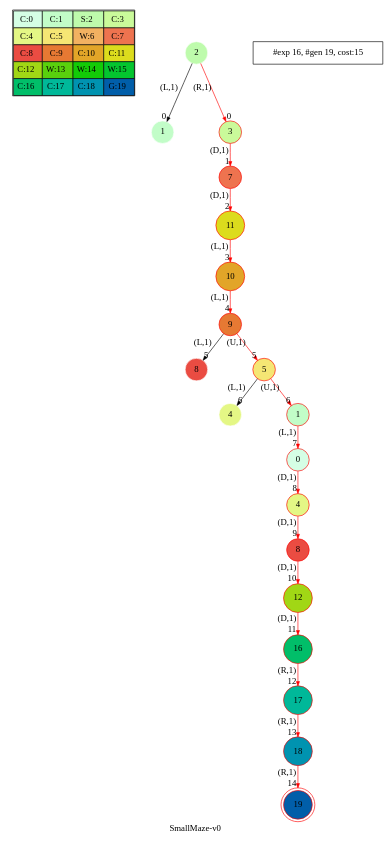
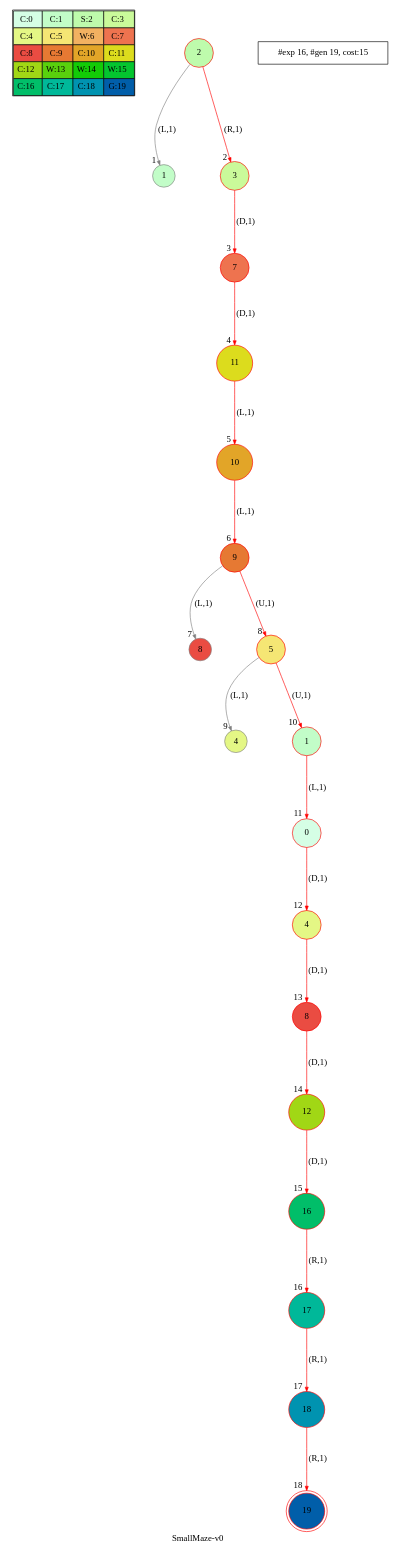
Before and after one commit to blasco991/AI: the diagram in viz/artifacts/tsd/dot/SmallMaze-v0_dfs.dot, drawn with Graphviz. The commit also changed 145 other files, not shown here.

```diff
--- a/viz/artifacts/tsd/dot/SmallMaze-v0_dfs.dot
+++ b/viz/artifacts/tsd/dot/SmallMaze-v0_dfs.dot
@@ -1,24 +1,22 @@
-digraph SmallMaze { label="SmallMaze-v0"
+digraph SmallMaze { label="SmallMaze-v0" nodesep=1 ranksep="1.2" node [shape=circle] edge [arrowsize=0.7] 
 subgraph MAP {label=Map;map [shape=plaintext label=<<table border="1" cellpadding="5" cellspacing="0" cellborder="1"><tr><td bgcolor="0.39803922 0.15947579 0.99679532 1.        ">C:0</td><td bgcolor="0.35098039 0.23194764 0.99315867 1.        ">C:1</td><td bgcolor="0.29607843 0.31486959 0.98720184 1.        ">S:2</td><td bgcolor="0.24901961 0.38410575 0.98063477 1.        ">C:3</td></tr><tr><td bgcolor="0.19411765 0.46220388 0.97128103 1.        ">C:4</td><td bgcolor="0.14705882 0.52643216 0.96182564 1.        ">C:5</td><td bgcolor="0.09215686 0.59770746 0.94913494 1.        ">W:6</td><td bgcolor="0.0372549  0.66454018 0.93467977 1.        ">C:7</td></tr><tr><td bgcolor="0.00980392 0.71791192 0.92090552 1.        ">C:8</td><td bgcolor="0.06470588 0.77520398 0.9032472  1.        ">C:9</td><td bgcolor="0.11176471 0.81974048 0.88677369 1.        ">C:10</td><td bgcolor="0.16666667 0.8660254  0.8660254  1.        ">C:11</td></tr><tr><td bgcolor="0.21372549 0.9005867  0.84695821 1.        ">C:12</td><td bgcolor="0.26862745 0.93467977 0.82325295 1.        ">W:13</td><td bgcolor="0.32352941 0.96182564 0.79801723 1.        ">W:14</td><td bgcolor="0.37058824 0.97940977 0.77520398 1.        ">W:15</td></tr><tr><td bgcolor="0.4254902  0.99315867 0.74725253 1.        ">C:16</td><td bgcolor="0.47254902 0.99907048 0.72218645 1.        ">C:17</td><td bgcolor="0.52745098 0.99907048 0.69169844 1.        ">C:18</td><td bgcolor="0.5745098  0.99315867 0.66454018 1.        ">G:19</td></tr></table>>]} 
-nodesep=1 ranksep=0.5 node [shape=circle] edge [arrowsize=0.7] 
-"0_2" [label=2 style=filled color=white  fillcolor="0.29607843 0.31486959 0.98720184 1.        "]; 
-"0_2.1-0" [label=1 style=filled color=white  fillcolor="0.35098039 0.23194764 0.99315867 1.        "];  "0_2" -> "0_2.1-0" [xlabel="(L,1)" headlabel=0]; 
-"0_2.3-1" [label=3 style=filled color=white  fillcolor="0.24901961 0.38410575 0.98063477 1.        "color=red ];   "0_2" -> "0_2.3-1" [xlabel="(R,1)" headlabel=0color=red ];  
-"0_2.3.7-3" [label=7 style=filled color=white  fillcolor="0.0372549  0.66454018 0.93467977 1.        "color=red ];   "0_2.3-1" -> "0_2.3.7-3" [xlabel="(D,1)" headlabel=1color=red ];  
-"0_2.3.7.11-3" [label=11 style=filled color=white  fillcolor="0.16666667 0.8660254  0.8660254  1.        "color=red ];   "0_2.3.7-3" -> "0_2.3.7.11-3" [xlabel="(D,1)" headlabel=2color=red ];  
-"0_2.3.7.11.10-0" [label=10 style=filled color=white  fillcolor="0.11176471 0.81974048 0.88677369 1.        "color=red ];   "0_2.3.7.11-3" -> "0_2.3.7.11.10-0" [xlabel="(L,1)" headlabel=3color=red ];  
-"0_2.3.7.11.10.9-0" [label=9 style=filled color=white  fillcolor="0.06470588 0.77520398 0.9032472  1.        "color=red ];   "0_2.3.7.11.10-0" -> "0_2.3.7.11.10.9-0" [xlabel="(L,1)" headlabel=4color=red ];  
-"0_2.3.7.11.10.9.8-0" [label=8 style=filled color=white  fillcolor="0.00980392 0.71791192 0.92090552 1.        "];  "0_2.3.7.11.10.9-0" -> "0_2.3.7.11.10.9.8-0" [xlabel="(L,1)" headlabel=5]; 
-"0_2.3.7.11.10.9.5-2" [label=5 style=filled color=white  fillcolor="0.14705882 0.52643216 0.96182564 1.        "color=red ];   "0_2.3.7.11.10.9-0" -> "0_2.3.7.11.10.9.5-2" [xlabel="(U,1)" headlabel=5color=red ];  
-"0_2.3.7.11.10.9.5.4-0" [label=4 style=filled color=white  fillcolor="0.19411765 0.46220388 0.97128103 1.        "];  "0_2.3.7.11.10.9.5-2" -> "0_2.3.7.11.10.9.5.4-0" [xlabel="(L,1)" headlabel=6]; 
-"0_2.3.7.11.10.9.5.1-2" [label=1 style=filled color=white  fillcolor="0.35098039 0.23194764 0.99315867 1.        "color=red ];   "0_2.3.7.11.10.9.5-2" -> "0_2.3.7.11.10.9.5.1-2" [xlabel="(U,1)" headlabel=6color=red ];  
-"0_2.3.7.11.10.9.5.1.0-0" [label=0 style=filled color=white  fillcolor="0.39803922 0.15947579 0.99679532 1.        "color=red ];   "0_2.3.7.11.10.9.5.1-2" -> "0_2.3.7.11.10.9.5.1.0-0" [xlabel="(L,1)" headlabel=7color=red ];  
-"0_2.3.7.11.10.9.5.1.0.4-3" [label=4 style=filled color=white  fillcolor="0.19411765 0.46220388 0.97128103 1.        "color=red ];   "0_2.3.7.11.10.9.5.1.0-0" -> "0_2.3.7.11.10.9.5.1.0.4-3" [xlabel="(D,1)" headlabel=8color=red ];  
-"0_2.3.7.11.10.9.5.1.0.4.8-3" [label=8 style=filled color=white  fillcolor="0.00980392 0.71791192 0.92090552 1.        "color=red ];   "0_2.3.7.11.10.9.5.1.0.4-3" -> "0_2.3.7.11.10.9.5.1.0.4.8-3" [xlabel="(D,1)" headlabel=9color=red ];  
-"0_2.3.7.11.10.9.5.1.0.4.8.12-3" [label=12 style=filled color=white  fillcolor="0.21372549 0.9005867  0.84695821 1.        "color=red ];   "0_2.3.7.11.10.9.5.1.0.4.8-3" -> "0_2.3.7.11.10.9.5.1.0.4.8.12-3" [xlabel="(D,1)" headlabel=10color=red ];  
-"0_2.3.7.11.10.9.5.1.0.4.8.12.16-3" [label=16 style=filled color=white  fillcolor="0.4254902  0.99315867 0.74725253 1.        "color=red ];   "0_2.3.7.11.10.9.5.1.0.4.8.12-3" -> "0_2.3.7.11.10.9.5.1.0.4.8.12.16-3" [xlabel="(D,1)" headlabel=11color=red ];  
-"0_2.3.7.11.10.9.5.1.0.4.8.12.16.17-1" [label=17 style=filled color=white  fillcolor="0.47254902 0.99907048 0.72218645 1.        "color=red ];   "0_2.3.7.11.10.9.5.1.0.4.8.12.16-3" -> "0_2.3.7.11.10.9.5.1.0.4.8.12.16.17-1" [xlabel="(R,1)" headlabel=12color=red ];  
-"0_2.3.7.11.10.9.5.1.0.4.8.12.16.17.18-1" [label=18 style=filled color=white  fillcolor="0.52745098 0.99907048 0.69169844 1.        "color=red ];   "0_2.3.7.11.10.9.5.1.0.4.8.12.16.17-1" -> "0_2.3.7.11.10.9.5.1.0.4.8.12.16.17.18-1" [xlabel="(R,1)" headlabel=13color=red ];  
-"0_2.3.7.11.10.9.5.1.0.4.8.12.16.17.18.19-1" [label=19 style=filled color=red peripheries=2 fillcolor="0.5745098  0.99315867 0.66454018 1.        "color=red ];   "0_2.3.7.11.10.9.5.1.0.4.8.12.16.17.18-1" -> "0_2.3.7.11.10.9.5.1.0.4.8.12.16.17.18.19-1" [xlabel="(R,1)" headlabel=14color=red ];  
- "#exp 16, #gen 19, cost:15" [ shape=box ];
-}
+"0_2" [label=2 style=filled color=grey fillcolor="0.29607843 0.31486959 0.98720184 1.        " ];  
+"0_2" [label=" 2 " style=filled color=black color=red fillcolor="0.29607843 0.31486959 0.98720184 1.        " ];  "0_2.1-0" [label=1 style=filled color=grey fillcolor="0.35098039 0.23194764 0.99315867 1.        " ];   "0_2" -> "0_2.1-0" [label="(L,1)" headlabel=" 1 " color=grey ]; 
+"0_2.3-1" [label=3 style=filled color=grey color=red fillcolor="0.24901961 0.38410575 0.98063477 1.        " ];   "0_2" -> "0_2.3-1" [label="(R,1)" headlabel=" 2 " color=grey color=red ]; 
+"0_2.3-1" [label=" 3 " style=filled color=black color=red fillcolor="0.24901961 0.38410575 0.98063477 1.        " ];  "0_2.3.7-3" [label=7 style=filled color=grey color=red fillcolor="0.0372549  0.66454018 0.93467977 1.        " ];   "0_2.3-1" -> "0_2.3.7-3" [label="(D,1)" headlabel=" 3 " color=grey color=red ]; 
+"0_2.3.7-3" [label=" 7 " style=filled color=black color=red fillcolor="0.0372549  0.66454018 0.93467977 1.        " ];  "0_2.3.7.11-3" [label=11 style=filled color=grey color=red fillcolor="0.16666667 0.8660254  0.8660254  1.        " ];   "0_2.3.7-3" -> "0_2.3.7.11-3" [label="(D,1)" headlabel=" 4 " color=grey color=red ]; 
+"0_2.3.7.11-3" [label=" 11 " style=filled color=black color=red fillcolor="0.16666667 0.8660254  0.8660254  1.        " ];  "0_2.3.7.11.10-0" [label=10 style=filled color=grey color=red fillcolor="0.11176471 0.81974048 0.88677369 1.        " ];   "0_2.3.7.11-3" -> "0_2.3.7.11.10-0" [label="(L,1)" headlabel=" 5 " color=grey color=red ]; 
+"0_2.3.7.11.10-0" [label=" 10 " style=filled color=black color=red fillcolor="0.11176471 0.81974048 0.88677369 1.        " ];  "0_2.3.7.11.10.9-0" [label=9 style=filled color=grey color=red fillcolor="0.06470588 0.77520398 0.9032472  1.        " ];   "0_2.3.7.11.10-0" -> "0_2.3.7.11.10.9-0" [label="(L,1)" headlabel=" 6 " color=grey color=red ]; 
+"0_2.3.7.11.10.9-0" [label=" 9 " style=filled color=black color=red fillcolor="0.06470588 0.77520398 0.9032472  1.        " ];  "0_2.3.7.11.10.9.8-0" [label=8 style=filled color=grey fillcolor="0.00980392 0.71791192 0.92090552 1.        " ];   "0_2.3.7.11.10.9-0" -> "0_2.3.7.11.10.9.8-0" [label="(L,1)" headlabel=" 7 " color=grey ]; 
+"0_2.3.7.11.10.9.5-2" [label=5 style=filled color=grey color=red fillcolor="0.14705882 0.52643216 0.96182564 1.        " ];   "0_2.3.7.11.10.9-0" -> "0_2.3.7.11.10.9.5-2" [label="(U,1)" headlabel=" 8 " color=grey color=red ]; 
+"0_2.3.7.11.10.9.5-2" [label=" 5 " style=filled color=black color=red fillcolor="0.14705882 0.52643216 0.96182564 1.        " ];  "0_2.3.7.11.10.9.5.4-0" [label=4 style=filled color=grey fillcolor="0.19411765 0.46220388 0.97128103 1.        " ];   "0_2.3.7.11.10.9.5-2" -> "0_2.3.7.11.10.9.5.4-0" [label="(L,1)" headlabel=" 9 " color=grey ]; 
+"0_2.3.7.11.10.9.5.1-2" [label=1 style=filled color=grey color=red fillcolor="0.35098039 0.23194764 0.99315867 1.        " ];   "0_2.3.7.11.10.9.5-2" -> "0_2.3.7.11.10.9.5.1-2" [label="(U,1)" headlabel=" 10 " color=grey color=red ]; 
+"0_2.3.7.11.10.9.5.1-2" [label=" 1 " style=filled color=black color=red fillcolor="0.35098039 0.23194764 0.99315867 1.        " ];  "0_2.3.7.11.10.9.5.1.0-0" [label=0 style=filled color=grey color=red fillcolor="0.39803922 0.15947579 0.99679532 1.        " ];   "0_2.3.7.11.10.9.5.1-2" -> "0_2.3.7.11.10.9.5.1.0-0" [label="(L,1)" headlabel=" 11 " color=grey color=red ]; 
+"0_2.3.7.11.10.9.5.1.0-0" [label=" 0 " style=filled color=black color=red fillcolor="0.39803922 0.15947579 0.99679532 1.        " ];  "0_2.3.7.11.10.9.5.1.0.4-3" [label=4 style=filled color=grey color=red fillcolor="0.19411765 0.46220388 0.97128103 1.        " ];   "0_2.3.7.11.10.9.5.1.0-0" -> "0_2.3.7.11.10.9.5.1.0.4-3" [label="(D,1)" headlabel=" 12 " color=grey color=red ]; 
+"0_2.3.7.11.10.9.5.1.0.4-3" [label=" 4 " style=filled color=black color=red fillcolor="0.19411765 0.46220388 0.97128103 1.        " ];  "0_2.3.7.11.10.9.5.1.0.4.8-3" [label=8 style=filled color=grey color=red fillcolor="0.00980392 0.71791192 0.92090552 1.        " ];   "0_2.3.7.11.10.9.5.1.0.4-3" -> "0_2.3.7.11.10.9.5.1.0.4.8-3" [label="(D,1)" headlabel=" 13 " color=grey color=red ]; 
+"0_2.3.7.11.10.9.5.1.0.4.8-3" [label=" 8 " style=filled color=black color=red fillcolor="0.00980392 0.71791192 0.92090552 1.        " ];  "0_2.3.7.11.10.9.5.1.0.4.8.12-3" [label=12 style=filled color=grey color=red fillcolor="0.21372549 0.9005867  0.84695821 1.        " ];   "0_2.3.7.11.10.9.5.1.0.4.8-3" -> "0_2.3.7.11.10.9.5.1.0.4.8.12-3" [label="(D,1)" headlabel=" 14 " color=grey color=red ]; 
+"0_2.3.7.11.10.9.5.1.0.4.8.12-3" [label=" 12 " style=filled color=black color=red fillcolor="0.21372549 0.9005867  0.84695821 1.        " ];  "0_2.3.7.11.10.9.5.1.0.4.8.12.16-3" [label=16 style=filled color=grey color=red fillcolor="0.4254902  0.99315867 0.74725253 1.        " ];   "0_2.3.7.11.10.9.5.1.0.4.8.12-3" -> "0_2.3.7.11.10.9.5.1.0.4.8.12.16-3" [label="(D,1)" headlabel=" 15 " color=grey color=red ]; 
+"0_2.3.7.11.10.9.5.1.0.4.8.12.16-3" [label=" 16 " style=filled color=black color=red fillcolor="0.4254902  0.99315867 0.74725253 1.        " ];  "0_2.3.7.11.10.9.5.1.0.4.8.12.16.17-1" [label=17 style=filled color=grey color=red fillcolor="0.47254902 0.99907048 0.72218645 1.        " ];   "0_2.3.7.11.10.9.5.1.0.4.8.12.16-3" -> "0_2.3.7.11.10.9.5.1.0.4.8.12.16.17-1" [label="(R,1)" headlabel=" 16 " color=grey color=red ]; 
+"0_2.3.7.11.10.9.5.1.0.4.8.12.16.17-1" [label=" 17 " style=filled color=black color=red fillcolor="0.47254902 0.99907048 0.72218645 1.        " ];  "0_2.3.7.11.10.9.5.1.0.4.8.12.16.17.18-1" [label=18 style=filled color=grey color=red fillcolor="0.52745098 0.99907048 0.69169844 1.        " ];   "0_2.3.7.11.10.9.5.1.0.4.8.12.16.17-1" -> "0_2.3.7.11.10.9.5.1.0.4.8.12.16.17.18-1" [label="(R,1)" headlabel=" 17 " color=grey color=red ]; 
+"0_2.3.7.11.10.9.5.1.0.4.8.12.16.17.18-1" [label=" 18 " style=filled color=black color=red fillcolor="0.52745098 0.99907048 0.69169844 1.        " ];  "0_2.3.7.11.10.9.5.1.0.4.8.12.16.17.18.19-1" [label=" 19 " style=filled color=black color=red fillcolor="0.5745098  0.99315867 0.66454018 1.        " peripheries=2]; /*GOALSTATE*/  "0_2.3.7.11.10.9.5.1.0.4.8.12.16.17.18-1" -> "0_2.3.7.11.10.9.5.1.0.4.8.12.16.17.18.19-1" [label="(R,1)" headlabel=" 18 " color=grey color=red ];
+"#exp 16, #gen 19, cost:15" [ shape=box ]; }
```
